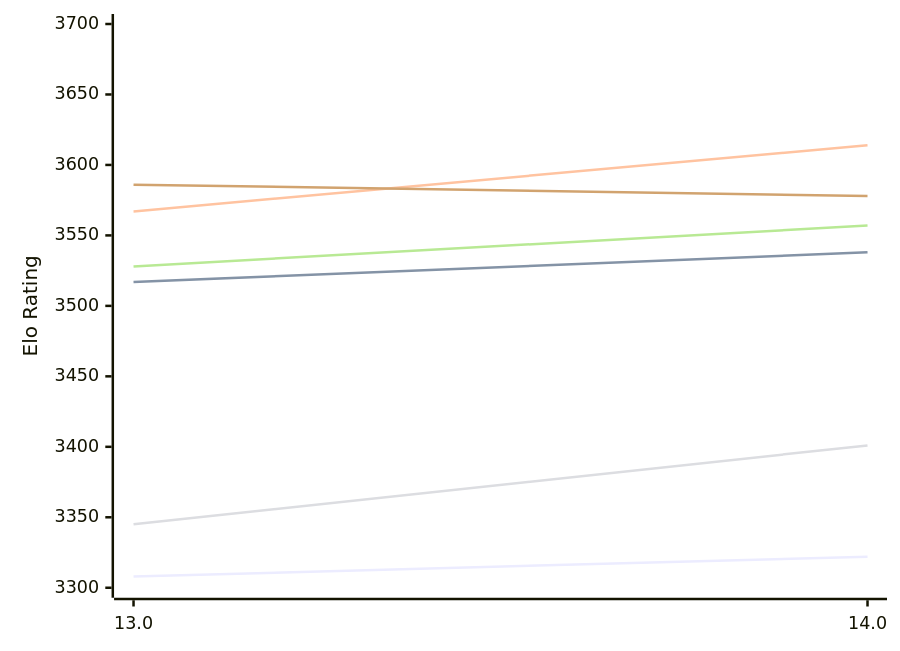
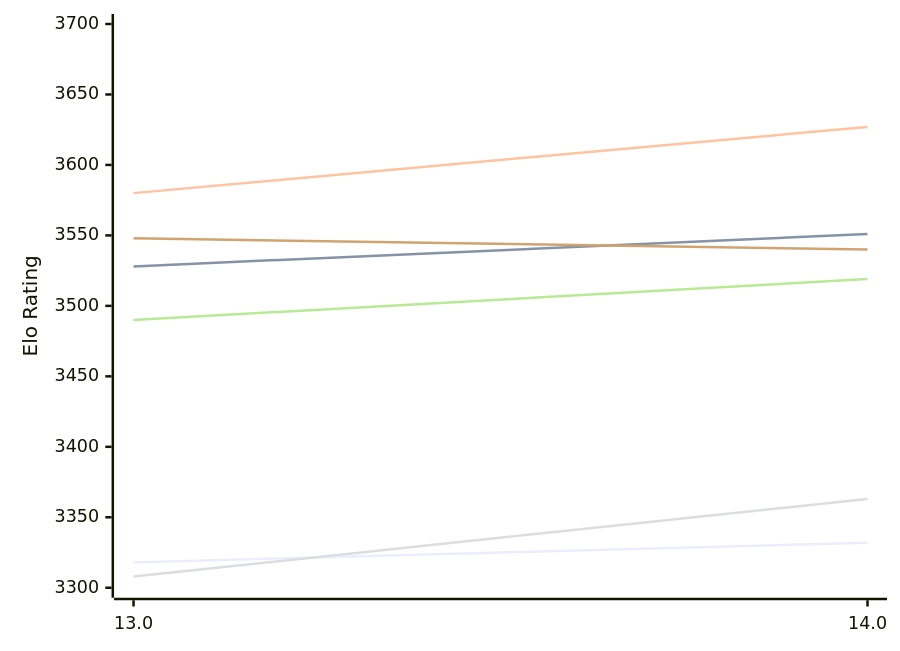
One commit to computer-chess-index/cci changed the first of 2 diagrams in engines/Tcheran.md. Above: the diagram before and after it, drawn with Mermaid. The commit also changed other lines of this file, not shown here.

Commit message:
Update CCI Ratings (ELO VLTC) - 2026-11-14

````diff
--- a/engines/Tcheran.md
+++ b/engines/Tcheran.md
@@ -55,12 +55,12 @@
 ```mermaid
 %%{init: {"theme":"base","themeVariables":{"seriesColors:['#a3a3a3','#222221','#faa371']}}}%%
 xychart-beta
   x-axis ["13.0", "14.0"]
   y-axis "Elo Rating" 3300 --> 3700
-  line "E1: STC (8.0+0.08s)" [3308, 3322]
-  line "E1: LTC (60.0+0.60s)" [3517, 3538]
-  line "E1: VLTC (2m24s+1.12s)" [3567, 3614]
-  line "P1: STC (8.0+0.08s)" [3345, 3401]
-  line "P1: LTC (60.0+0.60s)" [3528, 3557]
-  line "P1: VLTC (2m24s+1.12s)" [3586, 3578]
+  line "E1: STC (8.0+0.08s)" [3318, 3332]
+  line "E1: LTC (60.0+0.60s)" [3528, 3551]
+  line "E1: VLTC (2m24s+1.12s)" [3580, 3627]
+  line "P1: STC (8.0+0.08s)" [3308, 3363]
+  line "P1: LTC (60.0+0.60s)" [3490, 3519]
+  line "P1: VLTC (2m24s+1.12s)" [3548, 3540]
 ```
````
